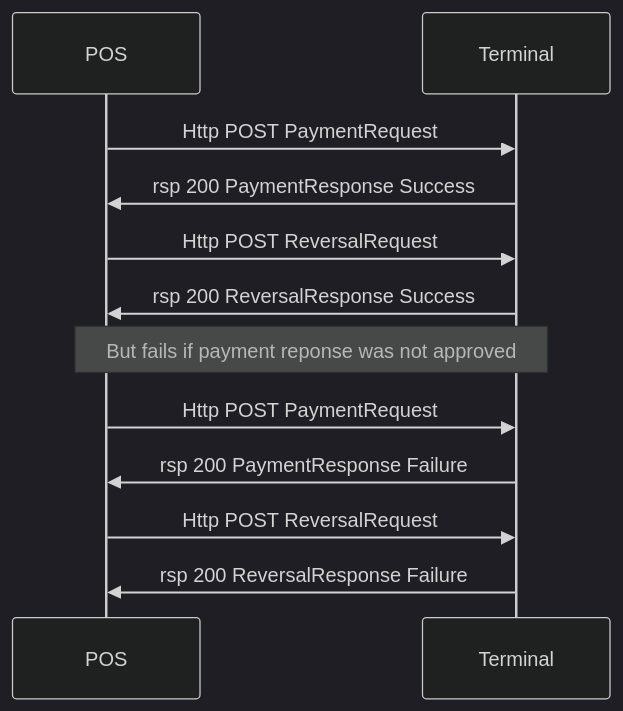
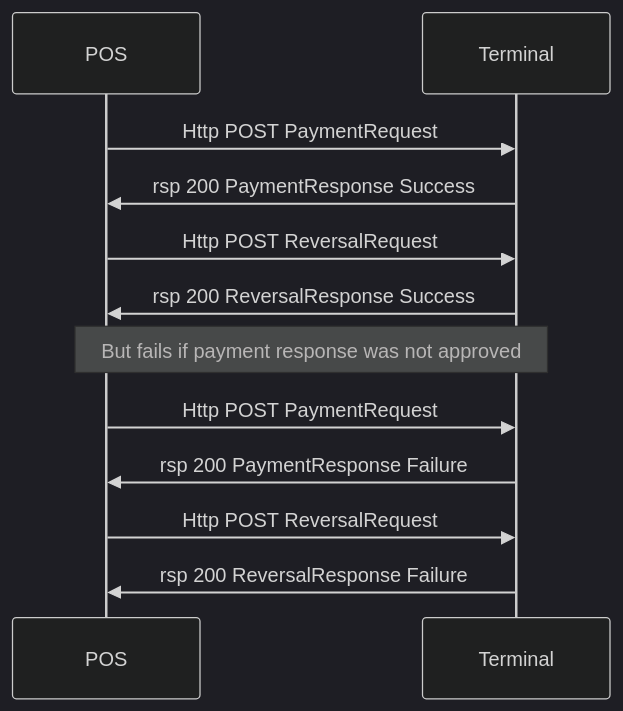
Before and after one commit to SwedbankPay/developer.swedbankpay.com: the diagram in pax-terminal/Nexo-Retailer/Quick-guide/reversal.md, drawn with Mermaid (dark theme).

Commit message:
Corrections for pr #1987

````diff
--- a/pax-terminal/Nexo-Retailer/Quick-guide/reversal.md
+++ b/pax-terminal/Nexo-Retailer/Quick-guide/reversal.md
@@ -10,14 +10,14 @@
 ```mermaid
 sequenceDiagram
 participant POS
 participant Terminal
     POS->>Terminal: Http POST PaymentRequest
     Terminal->>POS: rsp 200 PaymentResponse Success
     POS->>Terminal: Http POST ReversalRequest
     Terminal->>POS: rsp 200 ReversalResponse Success
-    note over POS,Terminal: But fails if payment reponse was not approved
+    note over POS,Terminal: But fails if payment response was not approved
     POS->>Terminal: Http POST PaymentRequest
     Terminal->>POS: rsp 200 PaymentResponse Failure
     POS->>Terminal: Http POST ReversalRequest
     Terminal->>POS: rsp 200 ReversalResponse Failure
 ```
````
